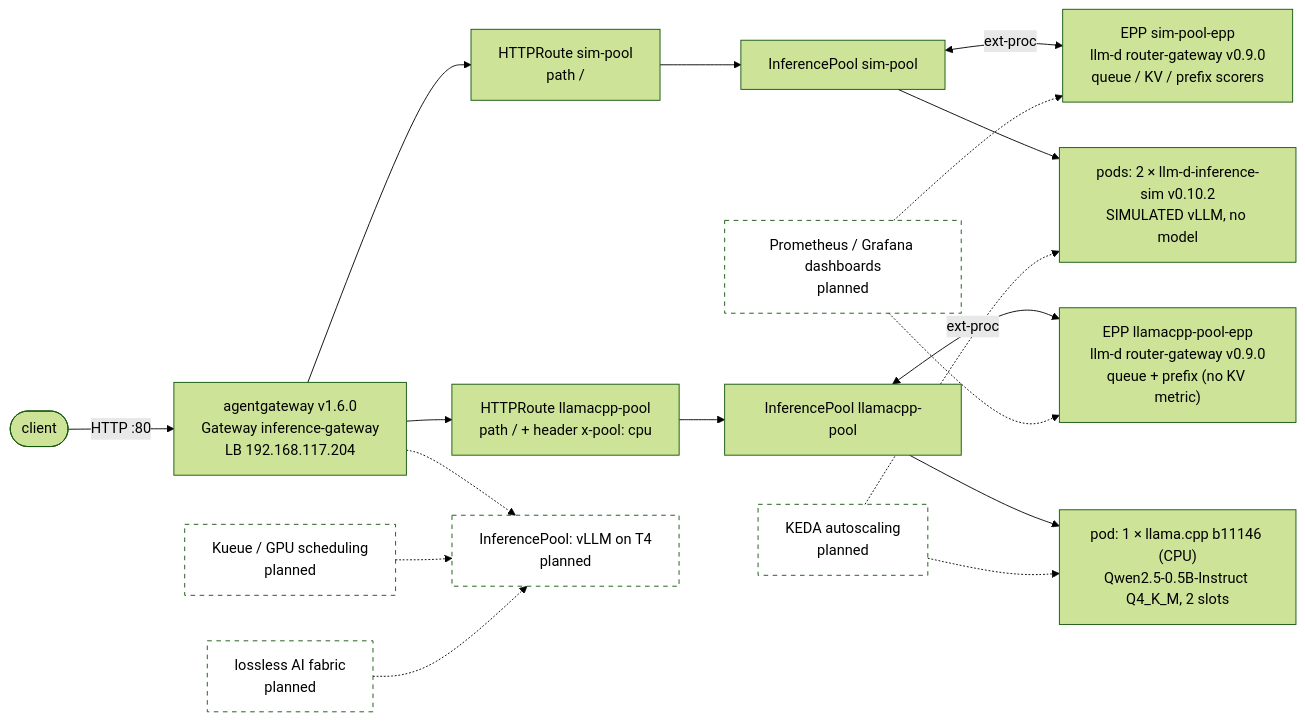
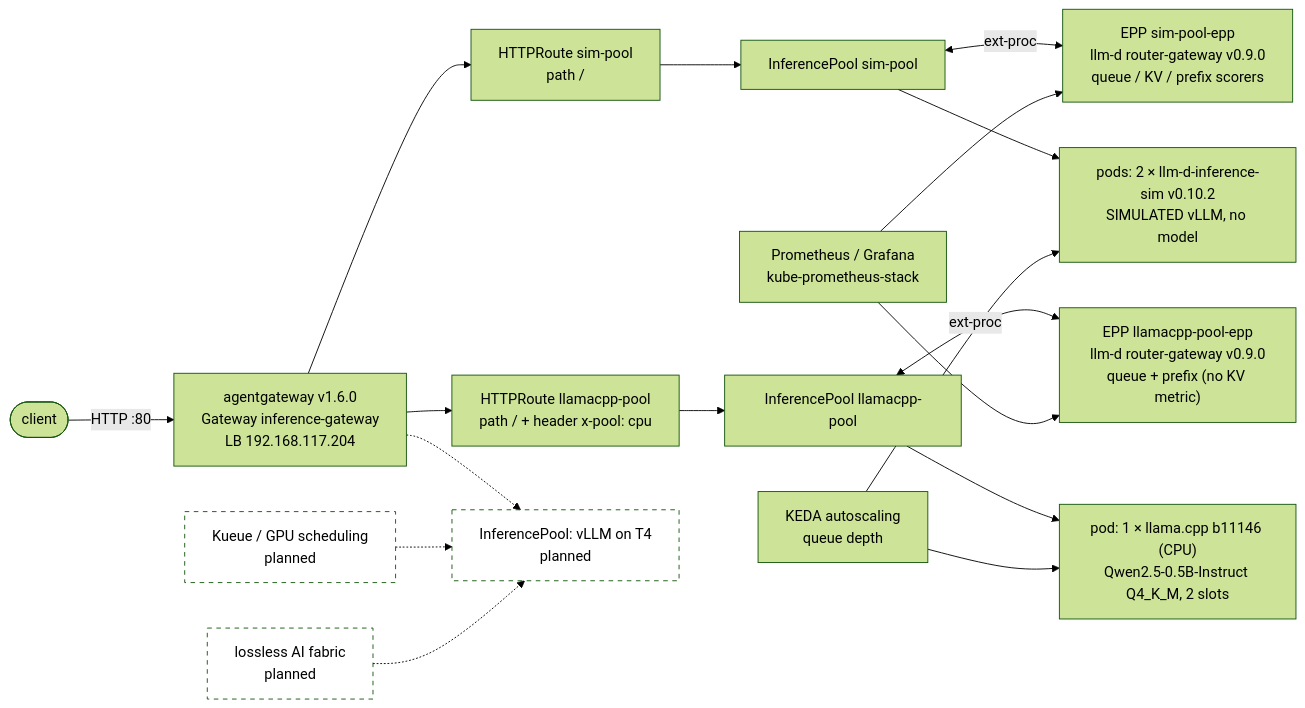
The diagram in README.md (veldanda3415/goodput-stack), drawn with Mermaid (forest theme) before and after one commit. The commit also changed other lines of this file and 4 other files, not shown here.

````diff
--- a/README.md
+++ b/README.md
@@ -21,23 +21,23 @@
 ```mermaid
 flowchart LR
     client([client]) -->|HTTP :80| gw["agentgateway v1.6.0<br/>Gateway inference-gateway<br/>LB 192.168.117.204"]
     gw --> rs["HTTPRoute sim-pool<br/>path /"]
     gw --> rc["HTTPRoute llamacpp-pool<br/>path / + header x-pool: cpu"]
     rs --> ps["InferencePool sim-pool"]
     rc --> pc["InferencePool llamacpp-pool"]
     ps <-->|ext-proc| es["EPP sim-pool-epp<br/>llm-d router-gateway v0.9.0<br/>queue / KV / prefix scorers"]
     pc <-->|ext-proc| ec["EPP llamacpp-pool-epp<br/>llm-d router-gateway v0.9.0<br/>queue + prefix (no KV metric)"]
     ps --> sim["pods: 2 × llm-d-inference-sim v0.10.2<br/>SIMULATED vLLM, no model"]
     pc --> llama["pod: 1 × llama.cpp b11146 (CPU)<br/>Qwen2.5-0.5B-Instruct Q4_K_M, 2 slots"]
 
     gw -.-> pg["InferencePool: vLLM on T4<br/>planned"]
-    keda["KEDA autoscaling<br/>planned"] -.-> sim
-    keda -.-> llama
+    keda["KEDA autoscaling<br/>queue depth"] --> sim
+    keda --> llama
     kueue["Kueue / GPU scheduling<br/>planned"] -.-> pg
-    prom["Prometheus / Grafana dashboards<br/>planned"] -.-> es
-    prom -.-> ec
+    prom["Prometheus / Grafana<br/>kube-prometheus-stack"] --> es
+    prom --> ec
     fabric["lossless AI fabric<br/>planned"] -.-> pg
 
     classDef planned stroke-dasharray: 5 5,fill:none
-    class pg,keda,kueue,prom,fabric planned
+    class pg,kueue,fabric planned
 ```
````
